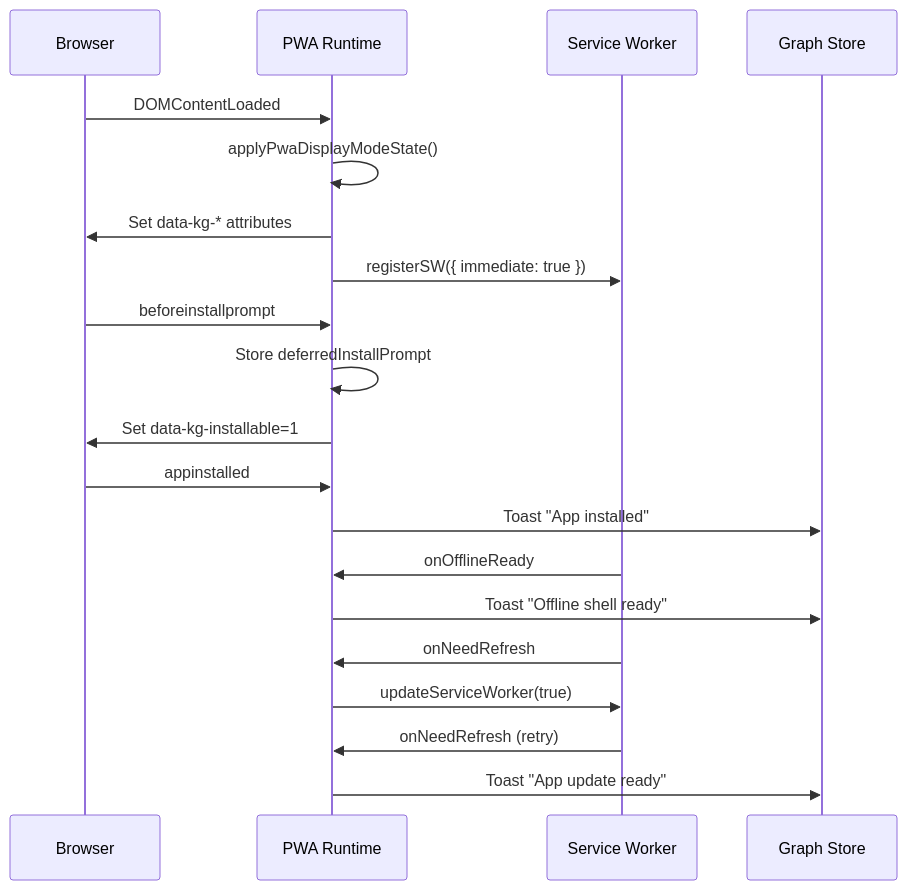
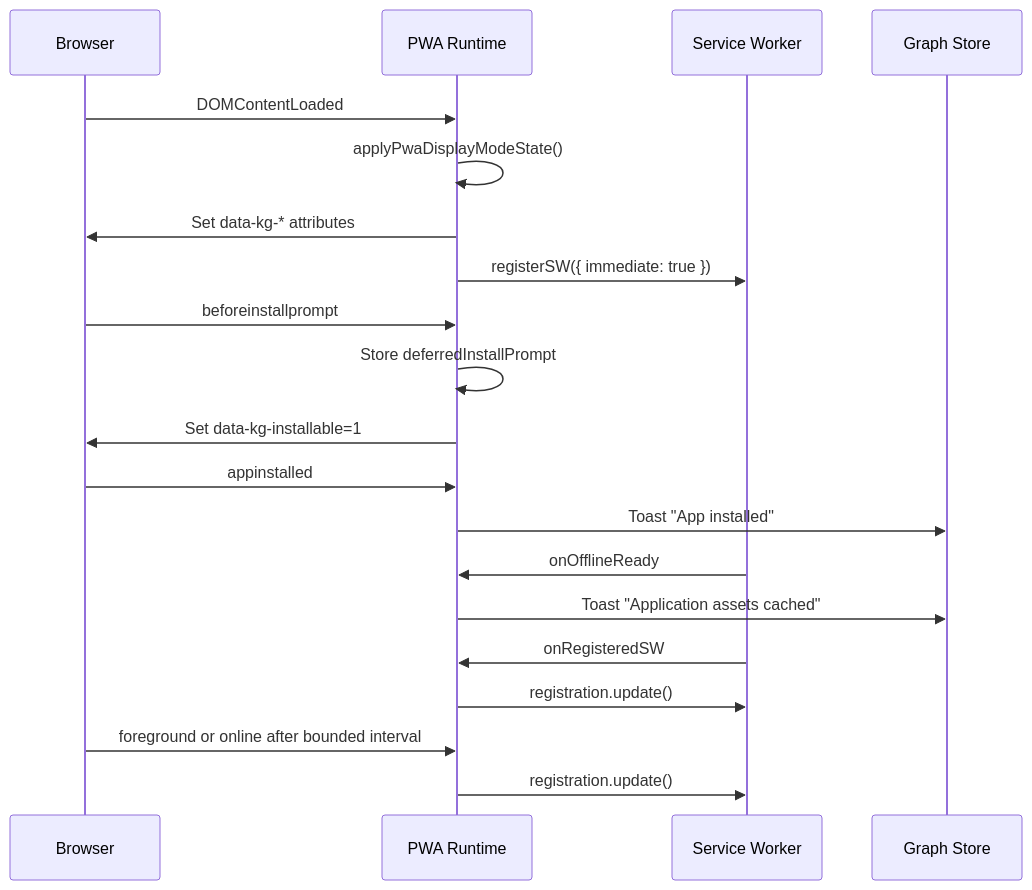
Before and after one commit to huijoohwee/knowgrph: the second of 2 diagrams in docs/documents/knowgrph-pwa.md, drawn with Mermaid. The commit also changed other lines of this file and 22 other files, not shown here.

````diff
--- a/docs/documents/knowgrph-pwa.md
+++ b/docs/documents/knowgrph-pwa.md
@@ -168,27 +187,27 @@
 ```mermaid
 sequenceDiagram
   participant Browser
   participant Runtime as PWA Runtime
   participant SW as Service Worker
   participant Store as Graph Store
 
   Browser->>Runtime: DOMContentLoaded
   Runtime->>Runtime: applyPwaDisplayModeState()
   Runtime->>Browser: Set data-kg-* attributes
   Runtime->>SW: registerSW({ immediate: true })
 
   Browser->>Runtime: beforeinstallprompt
   Runtime->>Runtime: Store deferredInstallPrompt
   Runtime->>Browser: Set data-kg-installable=1
 
   Browser->>Runtime: appinstalled
   Runtime->>Store: Toast "App installed"
 
   SW->>Runtime: onOfflineReady
-  Runtime->>Store: Toast "Offline shell ready"
+  Runtime->>Store: Toast "Application assets cached"
 
-  SW->>Runtime: onNeedRefresh
-  Runtime->>SW: updateServiceWorker(true)
-  SW->>Runtime: onNeedRefresh (retry)
-  Runtime->>Store: Toast "App update ready"
+  SW->>Runtime: onRegisteredSW
+  Runtime->>SW: registration.update()
+  Browser->>Runtime: foreground or online after bounded interval
+  Runtime->>SW: registration.update()
 ```
````
